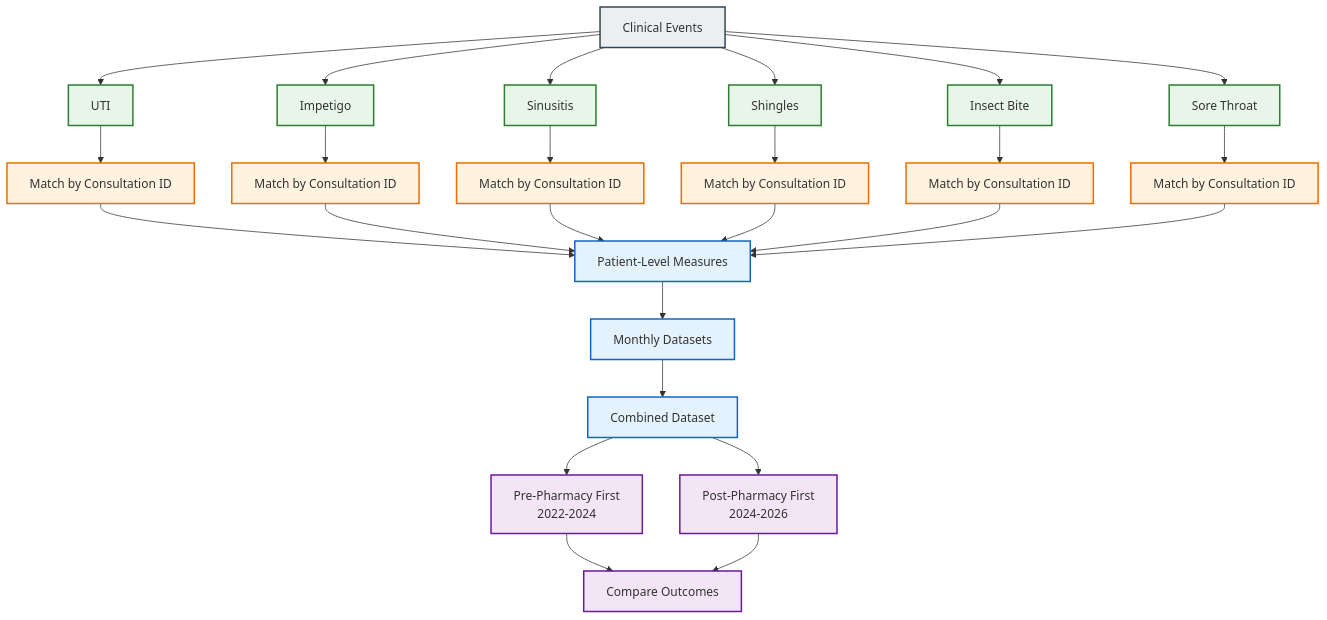
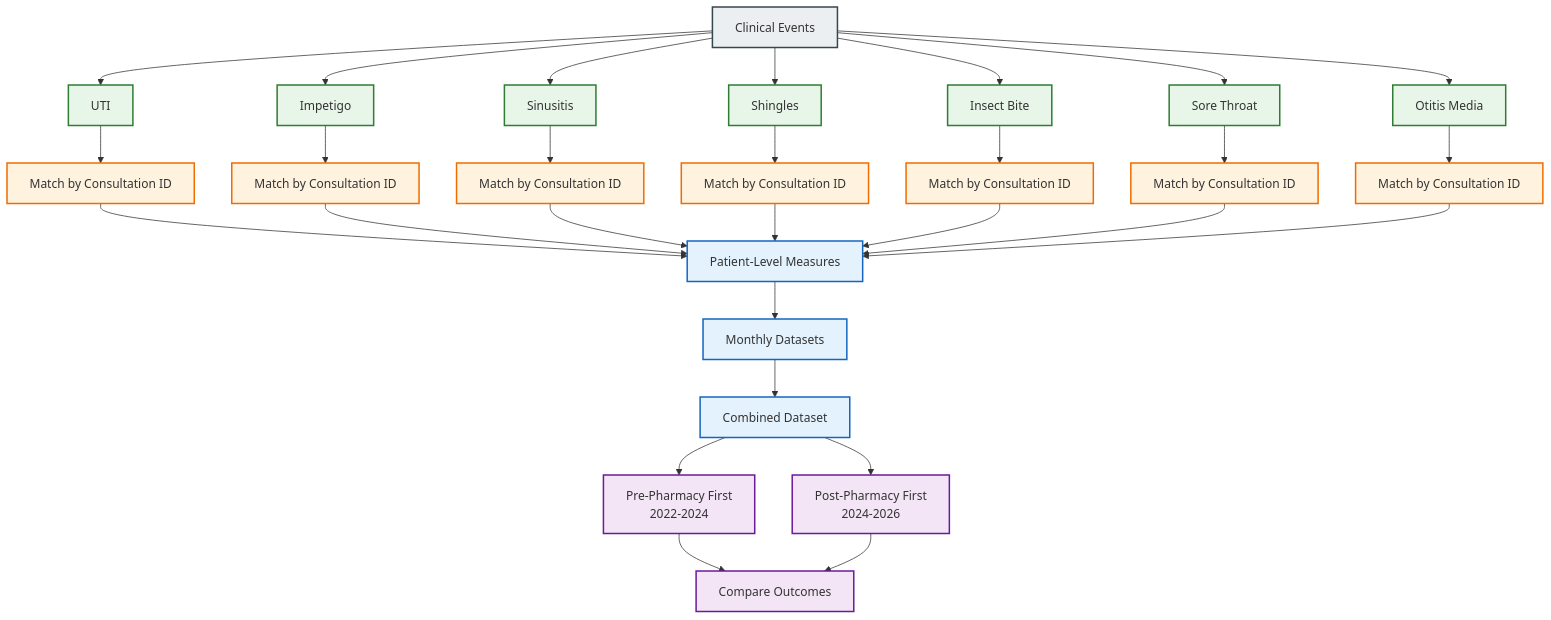
Before and after one commit to airadukunda/PF-WP2-P4-antimicrobial-prescribing: the second of 2 diagrams in README.md, drawn with Mermaid. The commit also changed other lines of this file, not shown here.

````diff
--- a/README.md
+++ b/README.md
@@ -99,48 +100,52 @@
 ```mermaid
 graph TD
 
 A[Clinical Events]
 
 A --> B1[UTI]
 A --> B2[Impetigo]
 A --> B3[Sinusitis]
 A --> B4[Shingles]
 A --> B5[Insect Bite]
 A --> B6[Sore Throat]
+A --> B7[Otitis Media]
+
 
 B1 --> C1[Match by Consultation ID]
 B2 --> C2[Match by Consultation ID]
 B3 --> C3[Match by Consultation ID]
 B4 --> C4[Match by Consultation ID]
 B5 --> C5[Match by Consultation ID]
 B6 --> C6[Match by Consultation ID]
+B7 --> C7[Match by Consultation ID]
 
 C1 --> D[Patient-Level Measures]
 C2 --> D
 C3 --> D
 C4 --> D
 C5 --> D
 C6 --> D
+C7 --> D
 
 D --> E[Monthly Datasets]
 E --> F[Combined Dataset]
 
 F --> G[Pre-Pharmacy First<br/>2022-2024]
 F --> H[Post-Pharmacy First<br/>2024-2026]
 
 G --> I[Compare Outcomes]
 H --> I
 
 %% Styling
 classDef source fill:#ECEFF1,stroke:#37474F,stroke-width:2px;
 classDef condition fill:#E8F5E9,stroke:#2E7D32,stroke-width:2px;
 classDef matching fill:#FFF3E0,stroke:#EF6C00,stroke-width:2px;
 classDef measure fill:#E3F2FD,stroke:#1565C0,stroke-width:2px;
 classDef output fill:#F3E5F5,stroke:#6A1B9A,stroke-width:2px;
 
 class A source;
-class B1,B2,B3,B4,B5,B6 condition;
-class C1,C2,C3,C4,C5,C6 matching;
+class B1,B2,B3,B4,B5,B6,B7 condition;
+class C1,C2,C3,C4,C5,C6,C7 matching;
 class D,E,F measure;
 class G,H,I output;
 ```
````
